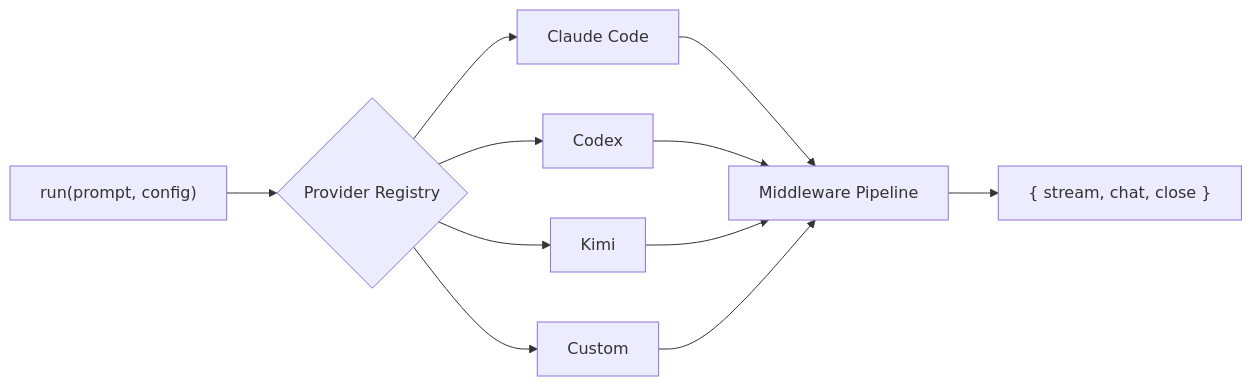
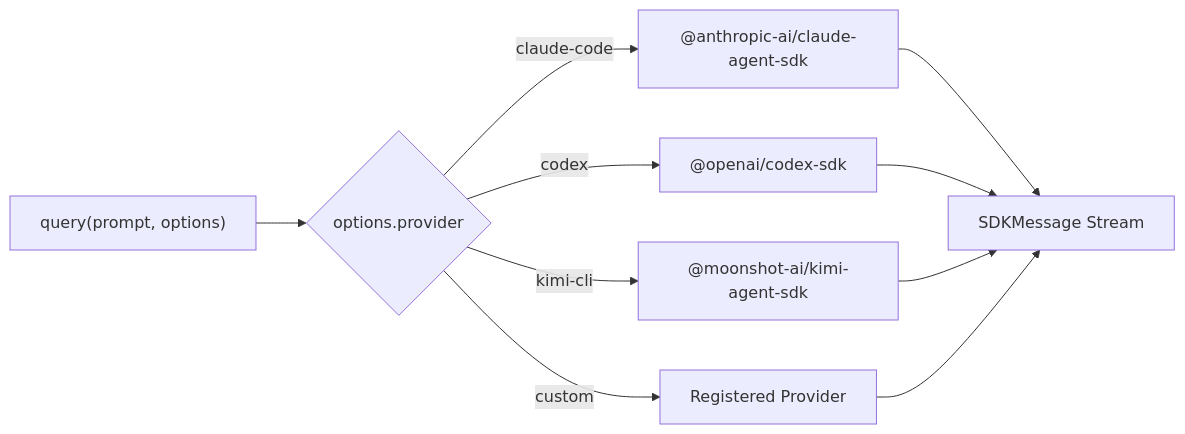
The diagram in README.md (odysa/open-agent-sdk), drawn with Mermaid before and after one commit. The commit also changed other lines of this file and 24 other files, not shown here.

First line of the commit message:
feat: drop-in replacement for @anthropic-ai/claude-agent-sdk with multi-provider routing

````diff
--- a/README.md
+++ b/README.md
@@ -257,13 +183,12 @@
 ```mermaid
 graph LR
-    A["run(prompt, config)"] --> B{Provider Registry}
-    B --> C[Claude Code]
-    B --> D[Codex]
-    B --> E[Kimi]
-    B --> F[Custom]
-    C --> G[Middleware Pipeline]
+    A["query(prompt, options)"] --> B{options.provider}
+    B -->|claude-code| C["@anthropic-ai/claude-agent-sdk"]
+    B -->|codex| D["@openai/codex-sdk"]
+    B -->|kimi-cli| E["@moonshot-ai/kimi-agent-sdk"]
+    B -->|custom| F[Registered Provider]
+    C --> G[SDKMessage Stream]
     D --> G
     E --> G
     F --> G
-    G --> H["{ stream, chat, close }"]
 ```
````
